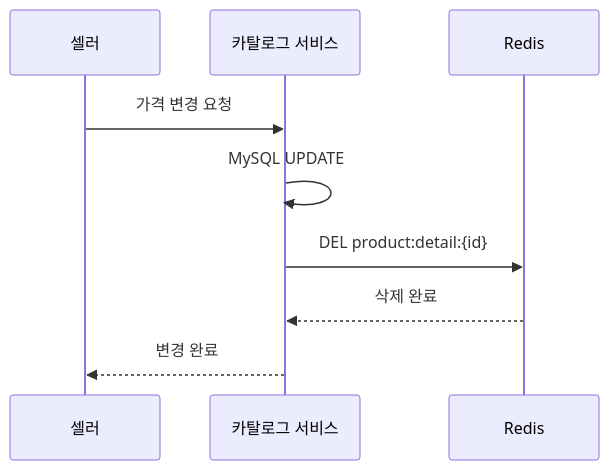
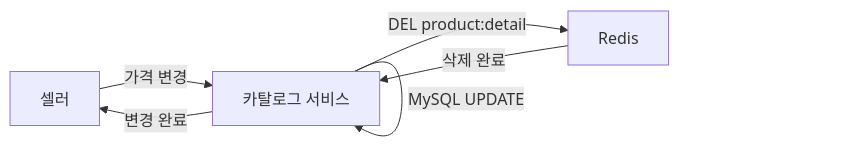
One commit to yjkim2015/yjkim2015.github.io changed the fourth of 4 diagrams in _posts/systemdesign/2026-05-11-system-design-product-catalog.md. Above: the diagram before and after it, drawn with Mermaid. The commit also changed other lines of this file and 84 other files, not shown here.

First line of the commit message:
85개 포스트 Mermaid 다이어그램 규칙 일괄 수정

````diff
--- a/_posts/systemdesign/2026-05-11-system-design-product-catalog.md
+++ b/_posts/systemdesign/2026-05-11-system-design-product-catalog.md
@@ -489,11 +483,8 @@
 ```mermaid
-sequenceDiagram
-    participant S as 셀러
-    participant CS as 카탈로그 서비스
-    participant R as Redis
-    S->>CS: 가격 변경 요청
-    CS->>CS: MySQL UPDATE
-    CS->>R: DEL product:detail:{id}
-    R-->>CS: 삭제 완료
-    CS-->>S: 변경 완료
+graph LR
+    A[셀러] -->|가격 변경| B[카탈로그 서비스]
+    B -->|MySQL UPDATE| B
+    B -->|DEL product:detail| C[Redis]
+    C -->|삭제 완료| B
+    B -->|변경 완료| A
 ```
````
